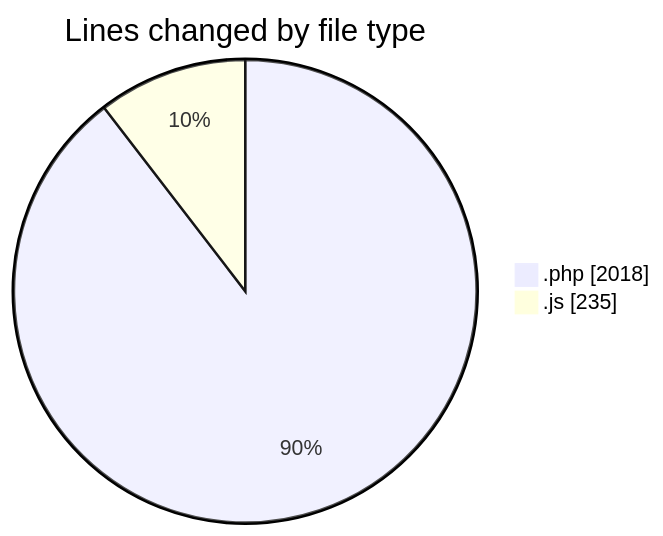
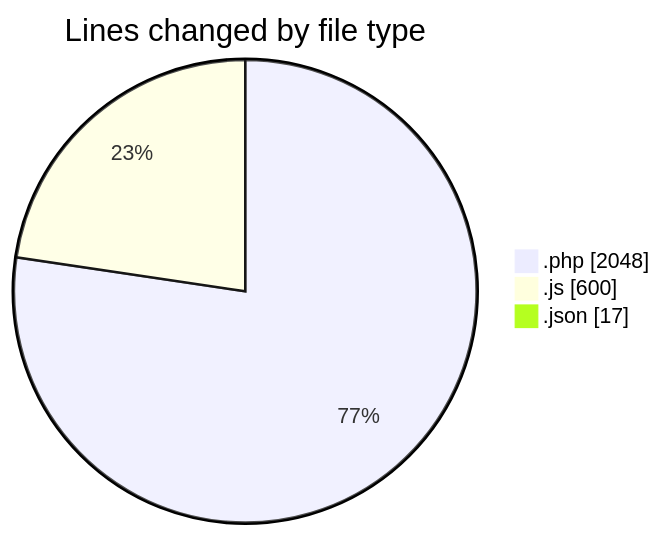
One commit to debugP/code-tracking changed the first of 2 diagrams in 2025-09-30/untitled__workspace_/README.md. Above: the diagram before and after it, drawn with Mermaid. The commit also changed other lines of this file and 1 other file, not shown here.

````diff
--- a/2025-09-30/untitled__workspace_/README.md
+++ b/2025-09-30/untitled__workspace_/README.md
@@ -23,6 +25,7 @@
 ```mermaid
 pie showData
 title Lines changed by file type
-".php" : 2018
-".js" : 235
+".php" : 2048
+".js" : 600
+".json" : 17
 ```
````
